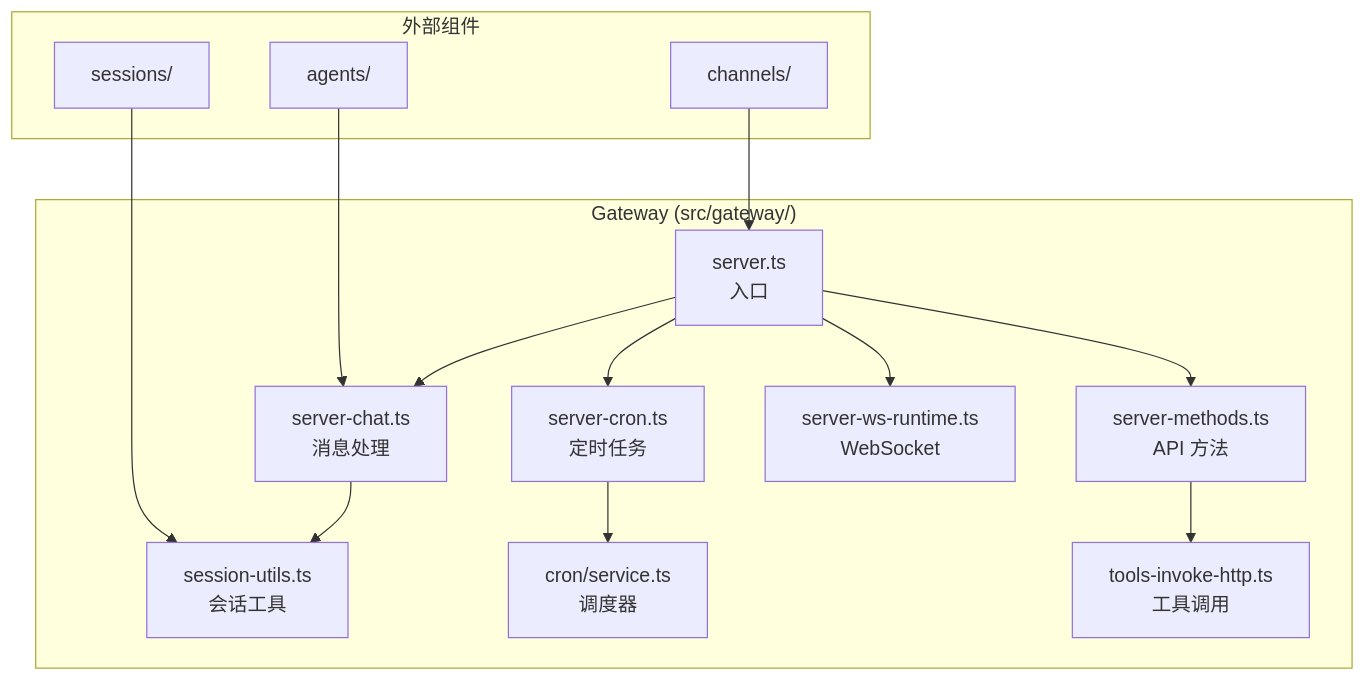
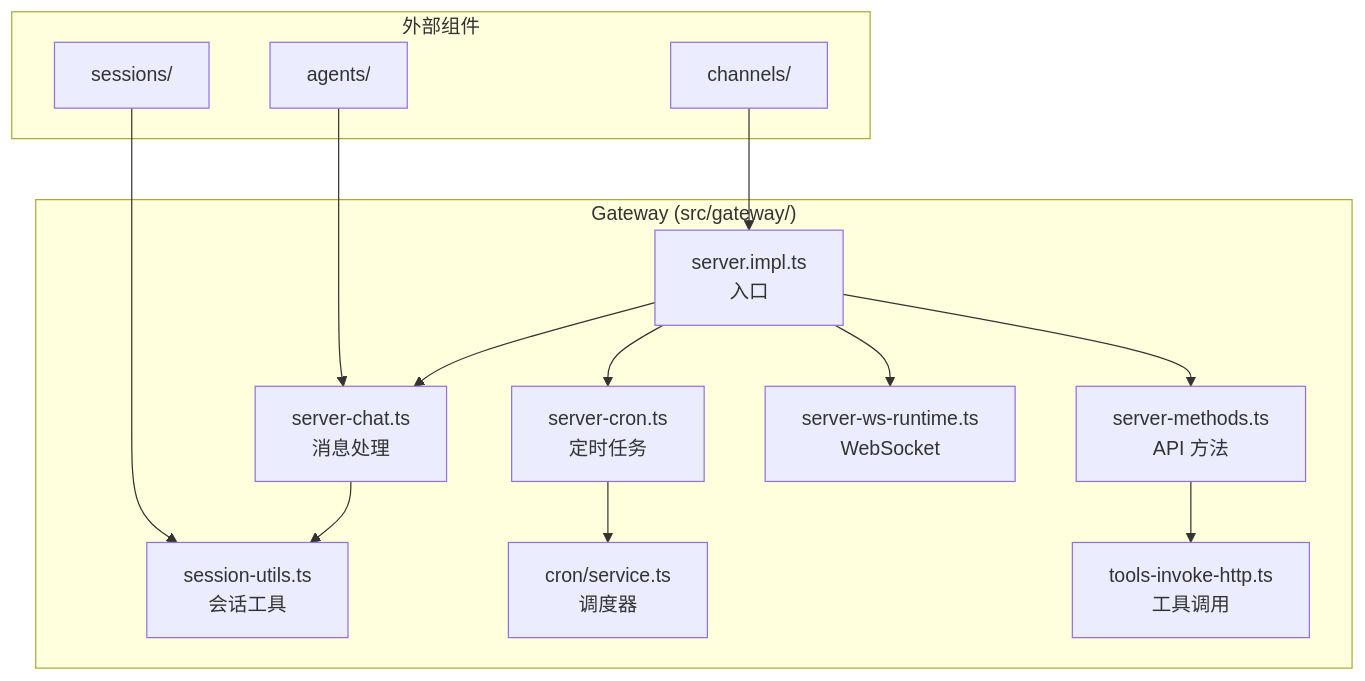
One commit to zenHeart/learn-ai changed the second of 23 diagrams in docs/zh/products/automation/openclaw/source-code/architecture.md. Above: the diagram before and after it, drawn with Mermaid. The commit also changed other lines of this file and 6 other files, not shown here.

````diff
--- a/docs/zh/products/automation/openclaw/source-code/architecture.md
+++ b/docs/zh/products/automation/openclaw/source-code/architecture.md
@@ -48,18 +50,18 @@
 ```mermaid
 graph TD
     subgraph Gateway["Gateway (src/gateway/)"]
-        A["server.ts<br/>入口"] --> B["server-chat.ts<br/>消息处理"]
+        A["server.impl.ts<br/>入口"] --> B["server-chat.ts<br/>消息处理"]
         A --> C["server-cron.ts<br/>定时任务"]
         A --> D["server-methods.ts<br/>API 方法"]
         A --> E["server-ws-runtime.ts<br/>WebSocket"]
         B --> F["session-utils.ts<br/>会话工具"]
         C --> G["cron/service.ts<br/>调度器"]
         D --> H["tools-invoke-http.ts<br/>工具调用"]
     end
     
     subgraph External["外部组件"]
         I["channels/"] --> A
         J["agents/"] --> B
         K["sessions/"] --> F
     end
 ```
````
